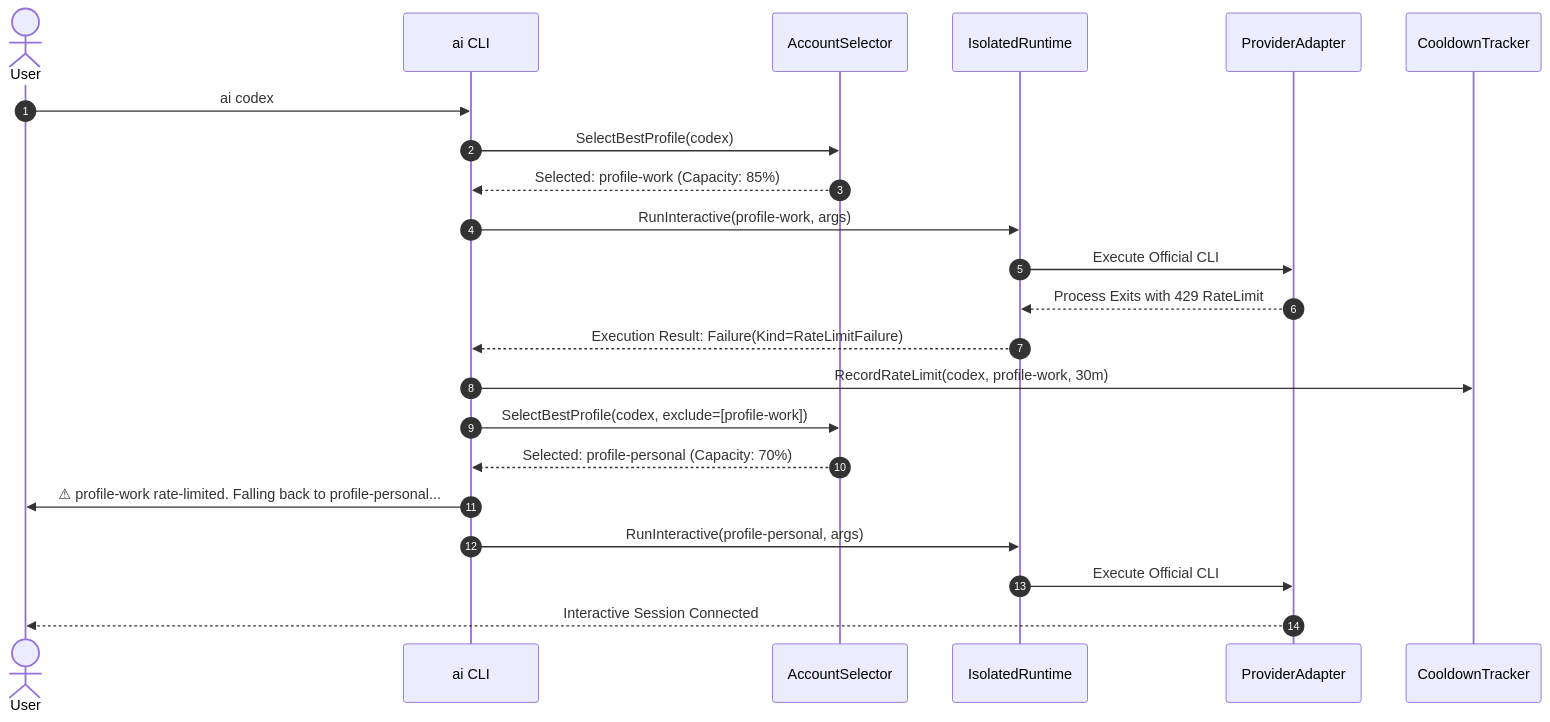
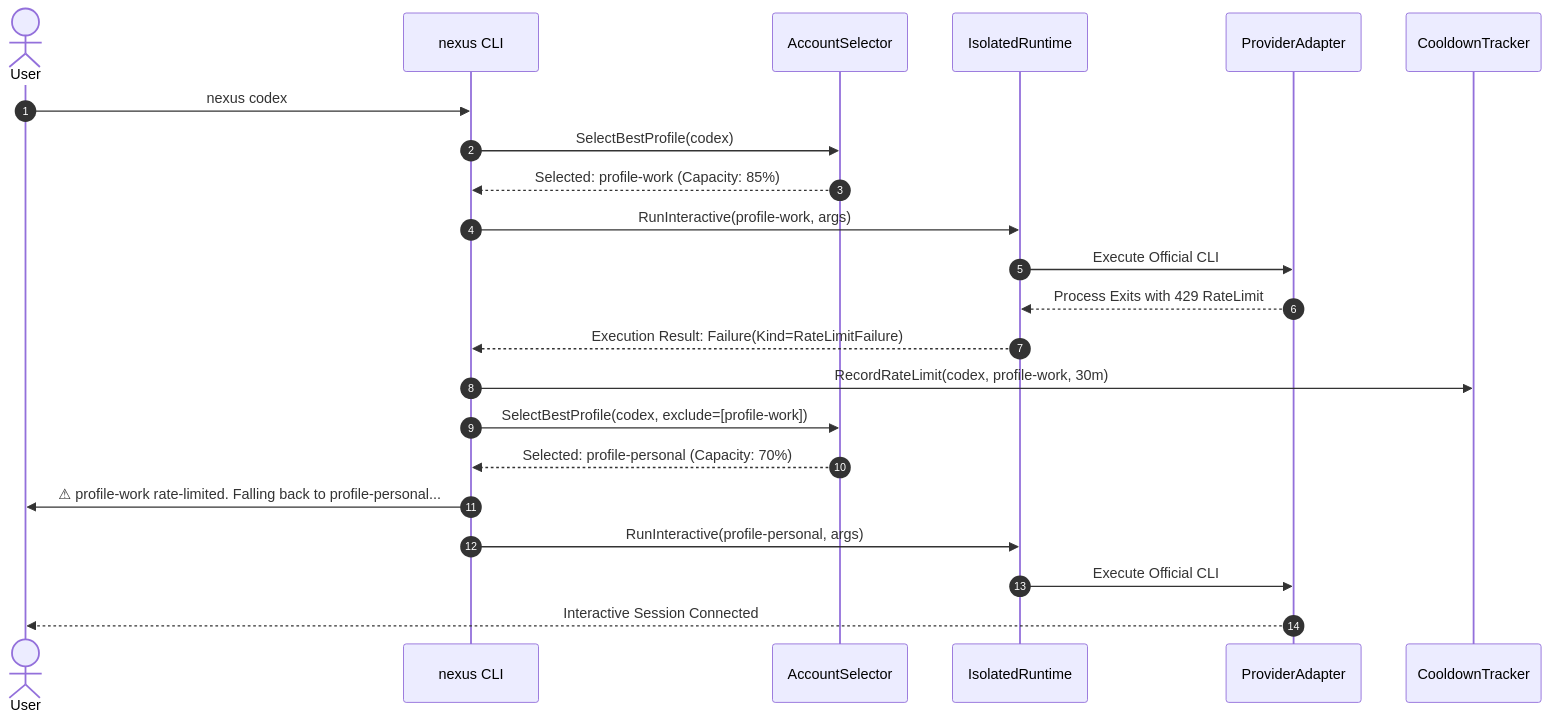
Before and after one commit to kivervinicius/ai-cli: the second of 2 diagrams in ARCHITECTURE.md, drawn with Mermaid. The commit also changed other lines of this file and 94 other files, not shown here.

````diff
--- a/ARCHITECTURE.md
+++ b/ARCHITECTURE.md
@@ -67,25 +67,25 @@
 ```mermaid
 sequenceDiagram
     autonumber
     actor User
-    participant CLI as ai CLI
+    participant CLI as nexus CLI
     participant Selector as AccountSelector
     participant Runtime as IsolatedRuntime
     participant Adapter as ProviderAdapter
     participant Cooldown as CooldownTracker
 
-    User->>CLI: ai codex
+    User->>CLI: nexus codex
     CLI->>Selector: SelectBestProfile(codex)
     Selector-->>CLI: Selected: profile-work (Capacity: 85%)
     CLI->>Runtime: RunInteractive(profile-work, args)
     Runtime->>Adapter: Execute Official CLI
     Adapter-->>Runtime: Process Exits with 429 RateLimit
     Runtime-->>CLI: Execution Result: Failure(Kind=RateLimitFailure)
     CLI->>Cooldown: RecordRateLimit(codex, profile-work, 30m)
     CLI->>Selector: SelectBestProfile(codex, exclude=[profile-work])
     Selector-->>CLI: Selected: profile-personal (Capacity: 70%)
     CLI->>User: ⚠ profile-work rate-limited. Falling back to profile-personal...
     CLI->>Runtime: RunInteractive(profile-personal, args)
     Runtime->>Adapter: Execute Official CLI
     Adapter-->>User: Interactive Session Connected
 ```
````
